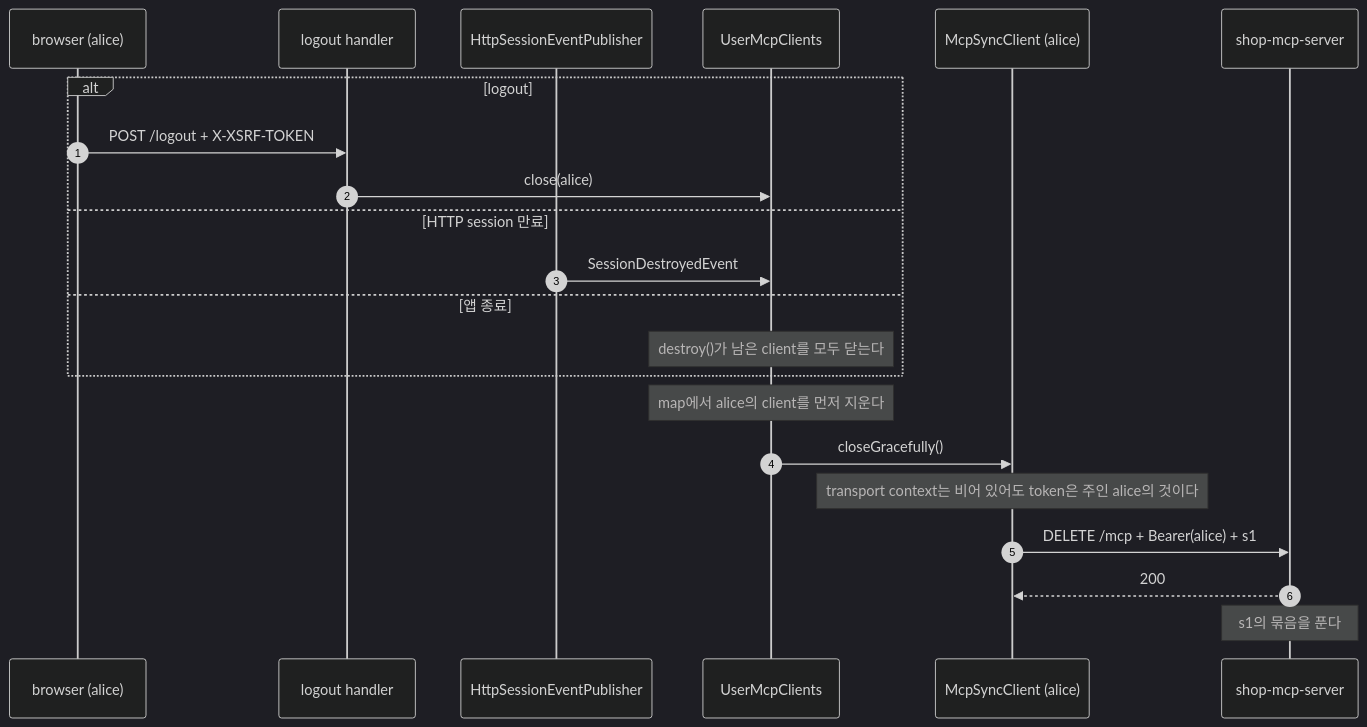
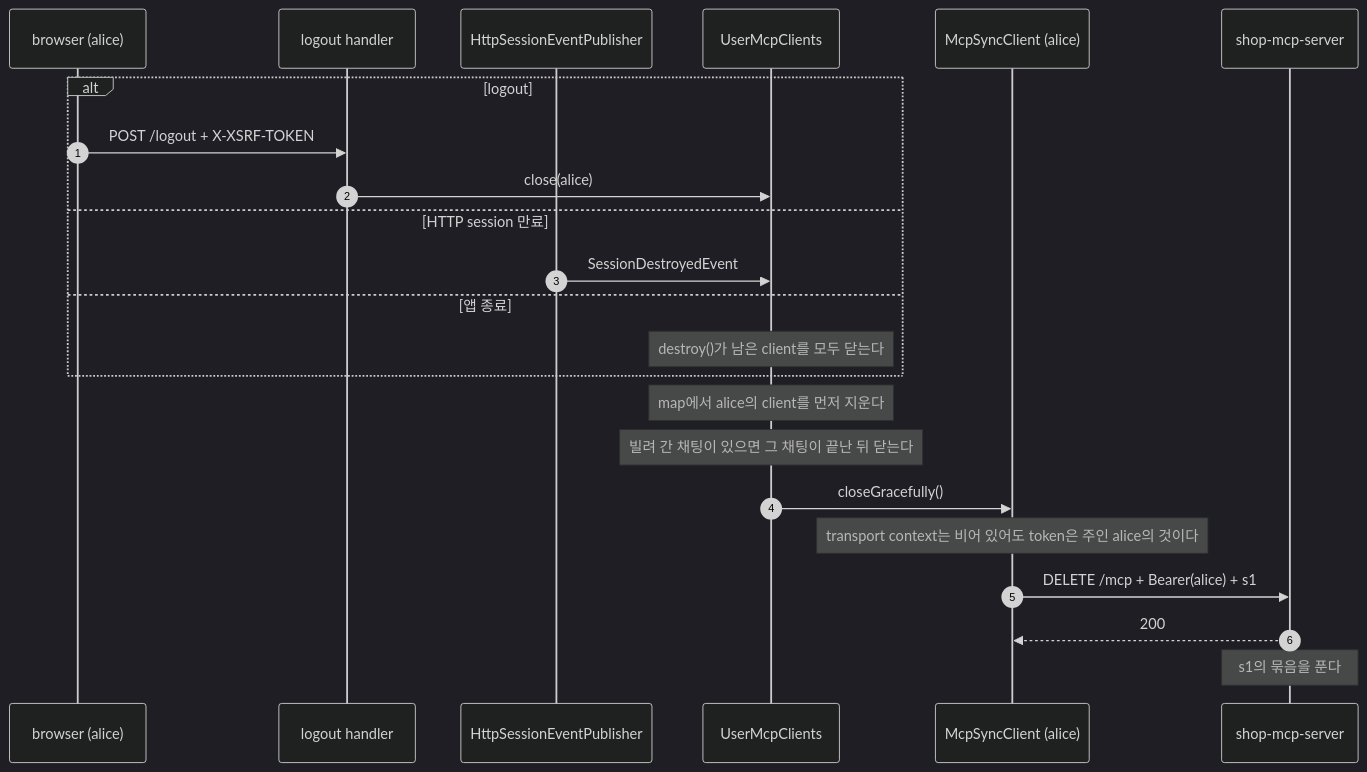
Before and after one commit to starryeye/spring-ai: the second of 2 diagrams in practice/mcp-security-authn-chat-memory/README.md, drawn with Mermaid (dark theme). The commit also changed other lines of this file and 6 other files, not shown here.

````diff
--- a/practice/mcp-security-authn-chat-memory/README.md
+++ b/practice/mcp-security-authn-chat-memory/README.md
@@ -163,24 +171,25 @@
 ```mermaid
 sequenceDiagram
     autonumber
     participant B as browser (alice)
     participant L as logout handler
     participant P as HttpSessionEventPublisher
     participant U as UserMcpClients
     participant C as McpSyncClient (alice)
     participant S as shop-mcp-server
     alt logout
         B->>L: POST /logout + X-XSRF-TOKEN
         L->>U: close(alice)
     else HTTP session 만료
         P->>U: SessionDestroyedEvent
     else 앱 종료
         Note over U: destroy()가 남은 client를 모두 닫는다
     end
     Note over U: map에서 alice의 client를 먼저 지운다
+    Note over U: 빌려 간 채팅이 있으면 그 채팅이 끝난 뒤 닫는다
     U->>C: closeGracefully()
     Note over C: transport context는 비어 있어도 token은 주인 alice의 것이다
     C->>S: DELETE /mcp + Bearer(alice) + s1
     S-->>C: 200
     Note over S: s1의 묶음을 푼다
 ```
````
